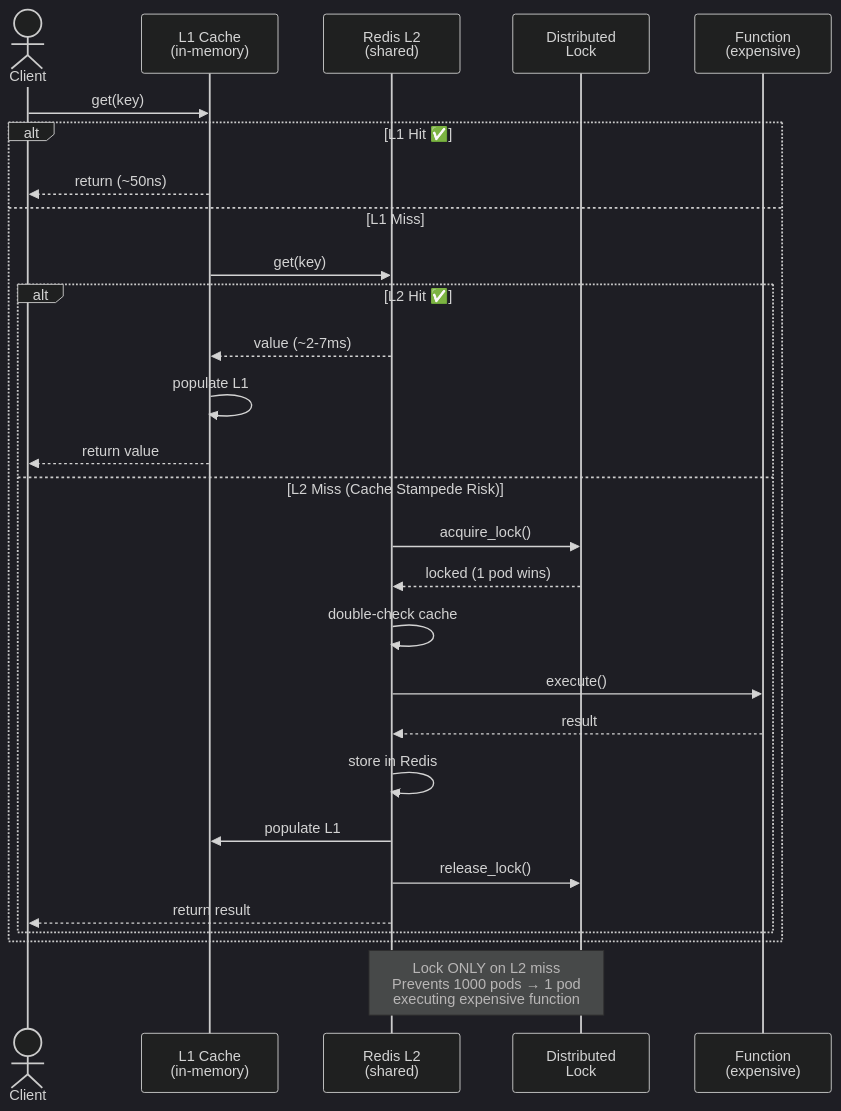
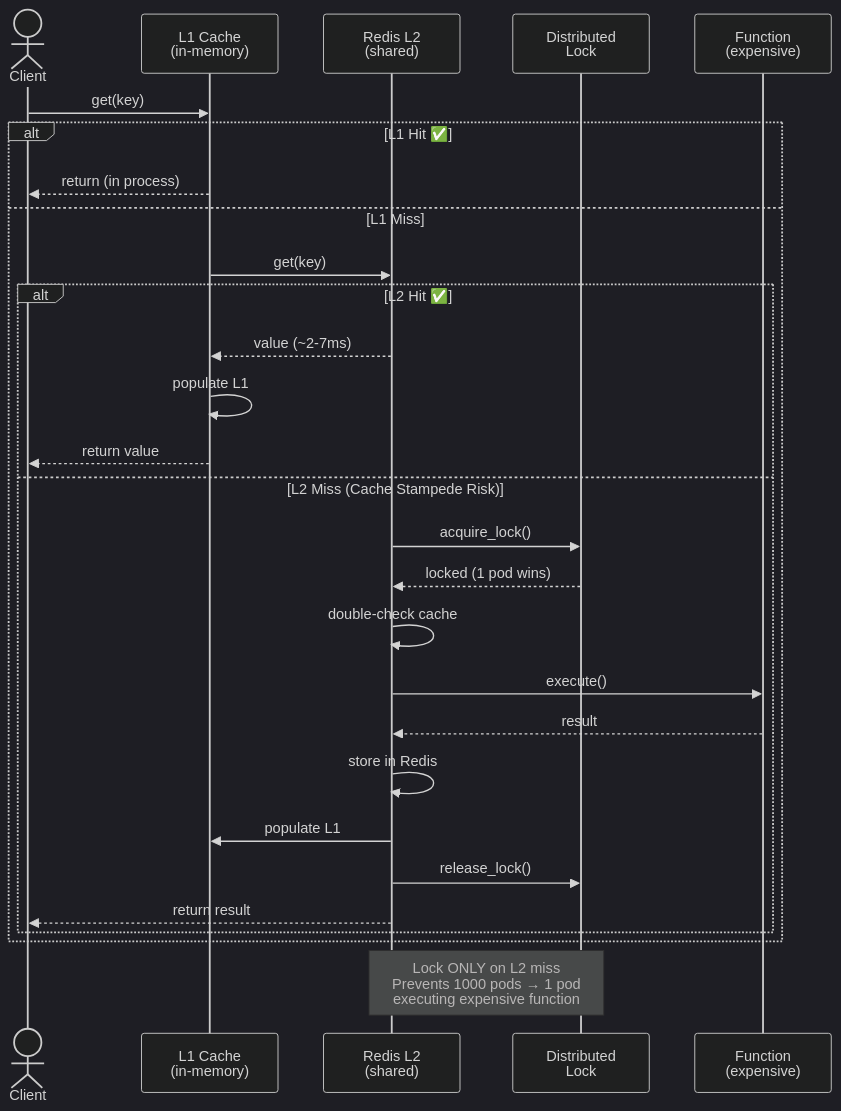
One commit to cachekit-io/cachekit-py changed the diagram in docs/comparison.md. Above: the diagram before and after it, drawn with Mermaid (dark theme). The commit also changed other lines of this file and 10 other files, not shown here.

````diff
--- a/docs/comparison.md
+++ b/docs/comparison.md
@@ -125,31 +125,31 @@
 ```mermaid
 sequenceDiagram
     actor Client
     participant L1 as L1 Cache<br/>(in-memory)
     participant L2 as Redis L2<br/>(shared)
     participant Lock as Distributed<br/>Lock
     participant Fn as Function<br/>(expensive)
 
     Client->>L1: get(key)
     alt L1 Hit ✅
-        L1-->>Client: return (~50ns)
+        L1-->>Client: return (in process)
     else L1 Miss
         L1->>L2: get(key)
         alt L2 Hit ✅
             L2-->>L1: value (~2-7ms)
             L1->>L1: populate L1
             L1-->>Client: return value
         else L2 Miss (Cache Stampede Risk)
             L2->>Lock: acquire_lock()
             Lock-->>L2: locked (1 pod wins)
             L2->>L2: double-check cache
             L2->>Fn: execute()
             Fn-->>L2: result
             L2->>L2: store in Redis
             L2->>L1: populate L1
             L2->>Lock: release_lock()
             L2-->>Client: return result
         end
     end
     Note over L2,Lock: Lock ONLY on L2 miss<br/>Prevents 1000 pods → 1 pod<br/>executing expensive function
 ```
````
